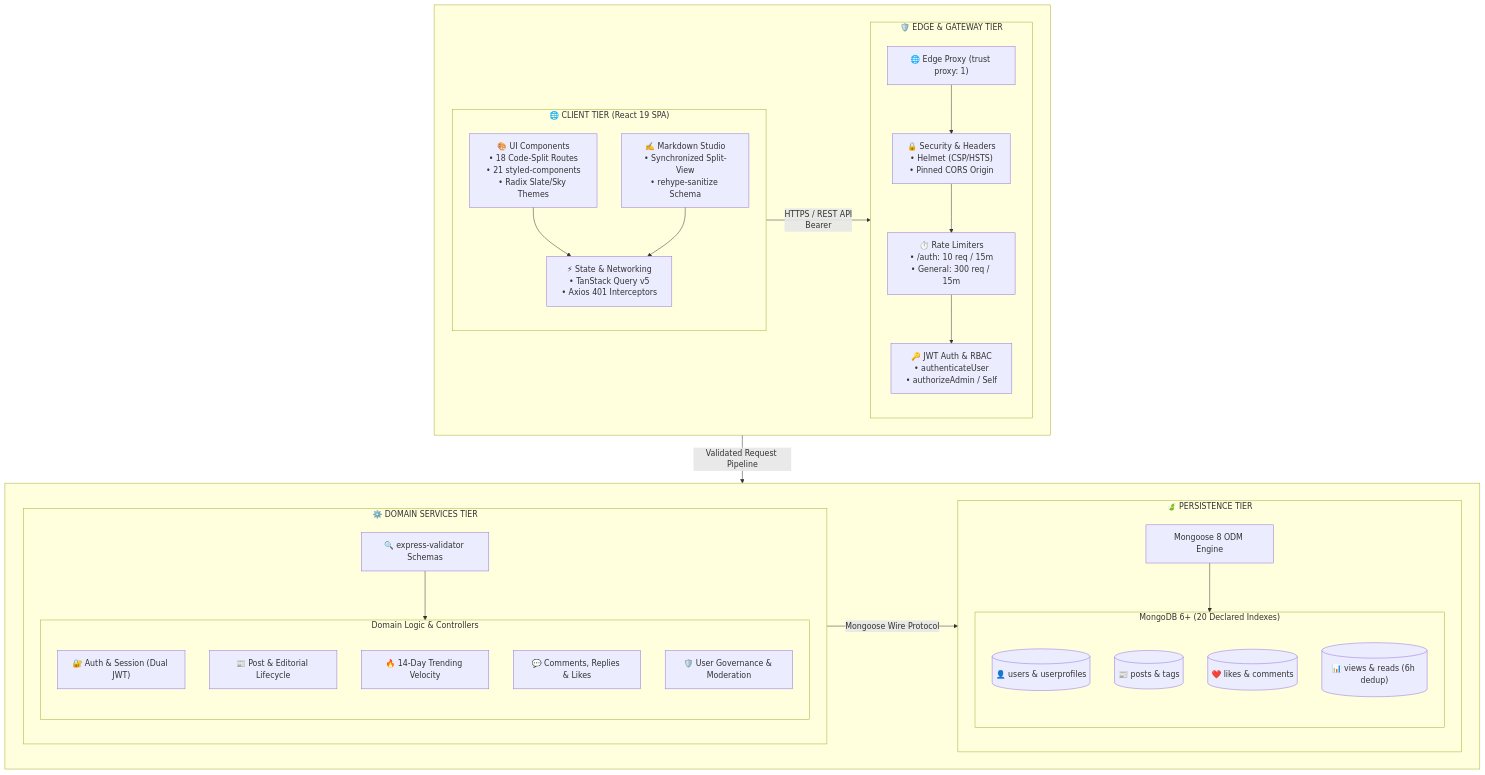
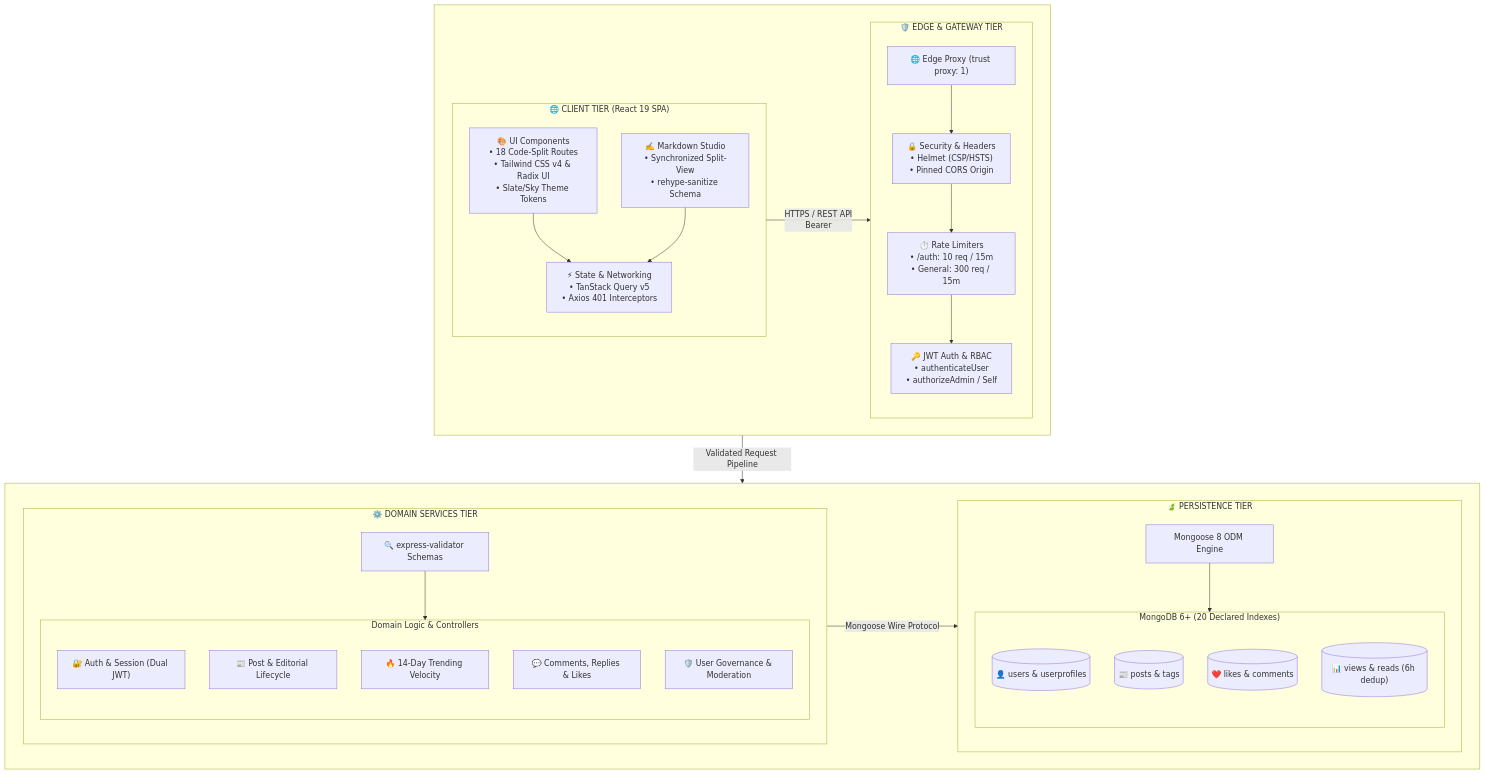
Before and after one commit to Purvesh-PJ/bloghub: the diagram in README.md, drawn with Mermaid. The commit also changed other lines of this file and 3 other files, not shown here.

Commit message:
docs: update documentation and changelog for Tailwind CSS v4 migration

````diff
--- a/README.md
+++ b/README.md
@@ -147,58 +147,58 @@
 ```mermaid
 flowchart TB
     subgraph TopRow[" "]
         direction LR
         subgraph ClientTier["🌐 CLIENT TIER (React 19 SPA)"]
             direction TB
-            UI["🎨 UI Components\n• 18 Code-Split Routes\n• 21 styled-components\n• Radix Slate/Sky Themes"]
+            UI["🎨 UI Components\n• 18 Code-Split Routes\n• Tailwind CSS v4 & Radix UI\n• Slate/Sky Theme Tokens"]
             Editor["✍️ Markdown Studio\n• Synchronized Split-View\n• rehype-sanitize Schema"]
             ClientState["⚡ State & Networking\n• TanStack Query v5\n• Axios 401 Interceptors"]
             UI & Editor --> ClientState
         end
 
         subgraph GatewayTier["🛡️ EDGE & GATEWAY TIER"]
             direction TB
             Proxy["🌐 Edge Proxy (trust proxy: 1)"]
             SecMW["🔒 Security & Headers\n• Helmet (CSP/HSTS)\n• Pinned CORS Origin"]
             Rate["⏱️ Rate Limiters\n• /auth: 10 req / 15m\n• General: 300 req / 15m"]
             AuthMW["🔑 JWT Auth & RBAC\n• authenticateUser\n• authorizeAdmin / Self"]
             Proxy --> SecMW --> Rate --> AuthMW
         end
     end
 
     subgraph BottomRow[" "]
         direction LR
         subgraph ServicesTier["⚙️ DOMAIN SERVICES TIER"]
             direction TB
             Validators["🔍 express-validator Schemas"]
 
             subgraph DomainEngines["Domain Logic & Controllers"]
                 direction TB
                 AuthSvc["🔐 Auth & Session (Dual JWT)"]
                 PostSvc["📰 Post & Editorial Lifecycle"]
                 TrendSvc["🔥 14-Day Trending Velocity"]
                 SocialSvc["💬 Comments, Replies & Likes"]
                 AdminSvc["🛡️ User Governance & Moderation"]
             end
             Validators --> DomainEngines
         end
 
         subgraph PersistenceTier["🍃 PERSISTENCE TIER"]
             direction TB
             ODM["Mongoose 8 ODM Engine"]
 
             subgraph DBCollections["MongoDB 6+ (20 Declared Indexes)"]
                 direction TB
                 C_Users[("👤 users & userprofiles")]
                 C_Posts[("📰 posts & tags")]
                 C_Social[("❤️ likes & comments")]
                 C_Metrics[("📊 views & reads (6h dedup)")]
             end
             ODM --> DBCollections
         end
     end
 
     ClientState -->|"HTTPS / REST API\nBearer <accessToken>"| Proxy
     AuthMW -->|"Validated Request Pipeline"| Validators
     DomainEngines -->|"Mongoose Wire Protocol"| ODM
 ```
````
